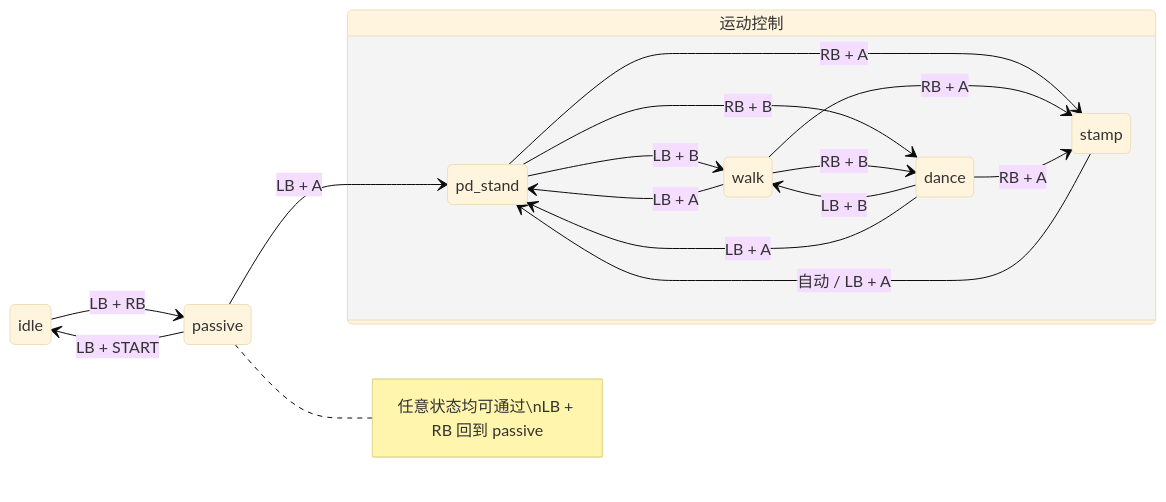
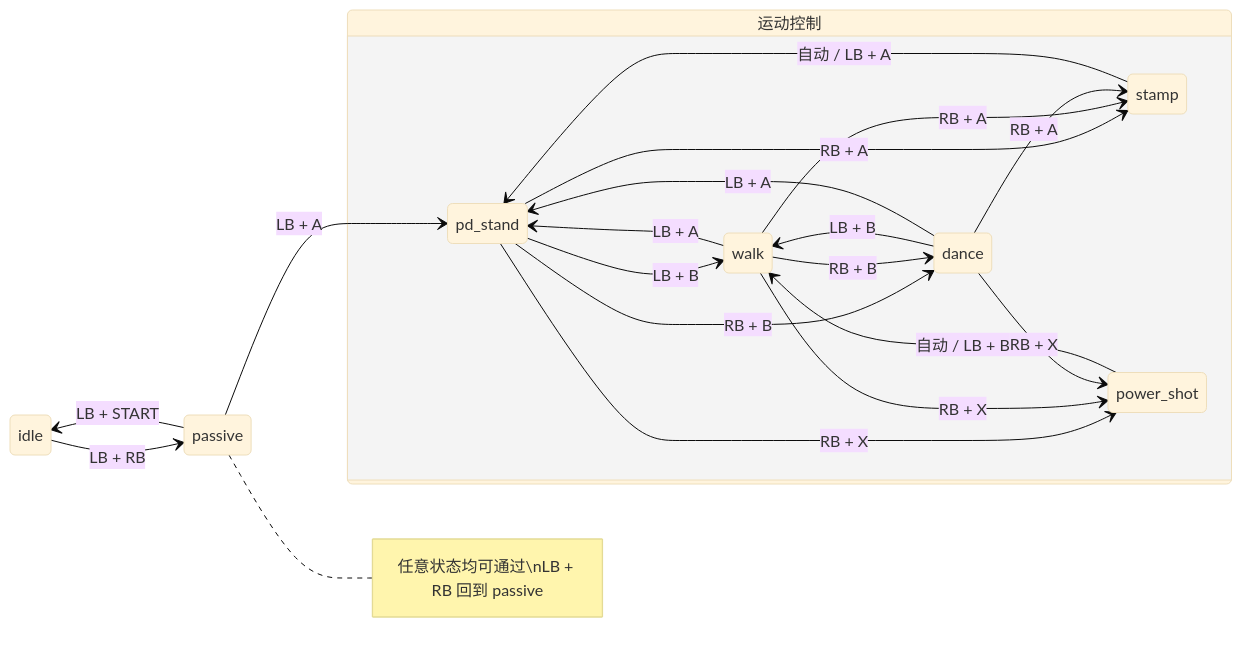
Before and after one commit to Max-Liu/engineai_robotics_native_sdk: the diagram in README_CN.md, drawn with Mermaid (base theme). The commit also changed other lines of this file and 9 other files, not shown here.

````diff
--- a/README_CN.md
+++ b/README_CN.md
@@ -171,26 +175,30 @@
 ```mermaid
 stateDiagram-v2
     direction LR
 
     idle --> passive : LB + RB
     passive --> idle : LB + START
 
     passive --> pd_stand : LB + A
 
     state 运动控制 {
         direction LR
         pd_stand --> walk : LB + B
         pd_stand --> dance : RB + B
         pd_stand --> stamp : RB + A
+        pd_stand --> power_shot : RB + X
         walk --> pd_stand : LB + A
         dance --> walk : LB + B
         dance --> pd_stand : LB + A
         walk --> dance : RB + B
         walk --> stamp : RB + A
+        walk --> power_shot : RB + X
         dance --> stamp : RB + A
+        dance --> power_shot : RB + X
         stamp --> pd_stand : 自动 / LB + A
+        power_shot --> walk : 自动 / LB + B
         
     }
 
     note right of passive : 任意状态均可通过\nLB + RB 回到 passive
 ```
````
